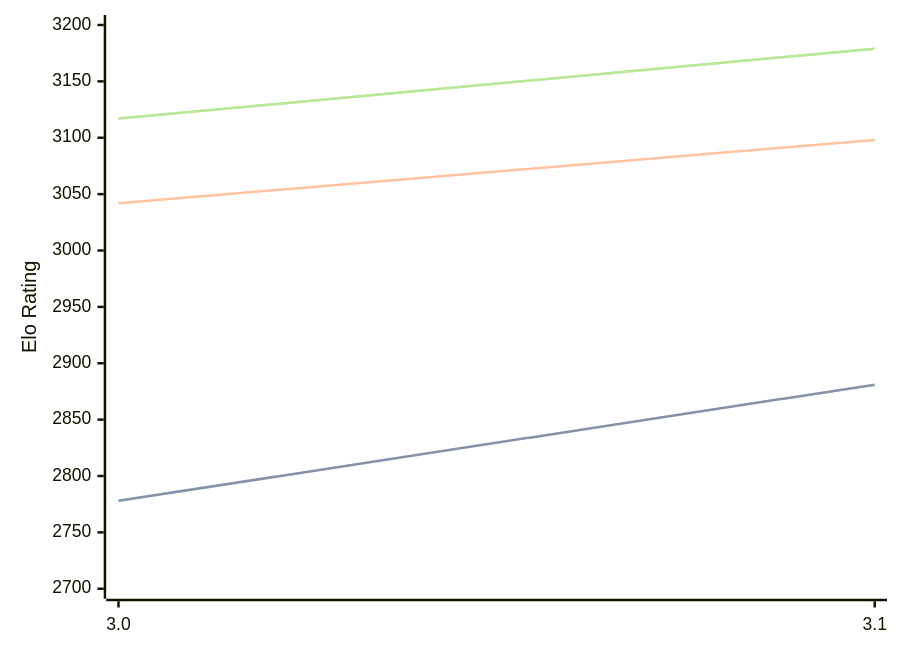
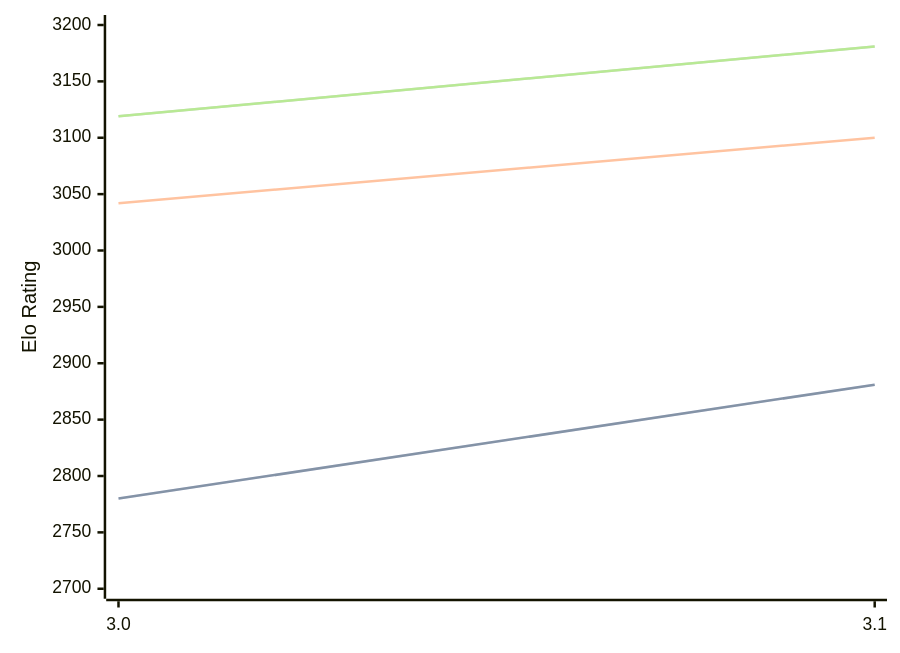
The diagram in engines/Vajolet2.md (computer-chess-index/cci), drawn with Mermaid before and after one commit. The commit also changed other lines of this file, not shown here.

Commit message:
Update CCI Ratings (ELO VLTC) - 2026-05-14

````diff
--- a/engines/Vajolet2.md
+++ b/engines/Vajolet2.md
@@ -40,11 +40,11 @@
 ```mermaid
 %%{init: {"theme":"base","themeVariables":{"seriesColors:['#a3a3a3','#222221','#faa371']}}}%%
 xychart-beta
   x-axis ["3.0", "3.1"]
   y-axis "Elo Rating" 2700 --> 3200
-  line "STC (8.0+0.08s)" [2778, 2881]
-  line "STC (8.0+0.08s)" [2778, 2881]
-  line "LTC (60.0+0.60s)" [3042, 3098]
-  line "VLTC (2m24s+1.12s)" [3117, 3179]
-  line "VLTC (2m24s+1.12s)" [3117, 3179]
+  line "STC (8.0+0.08s)" [2780, 2881]
+  line "STC (8.0+0.08s)" [2780, 2881]
+  line "LTC (60.0+0.60s)" [3042, 3100]
+  line "VLTC (2m24s+1.12s)" [3119, 3181]
+  line "VLTC (2m24s+1.12s)" [3119, 3181]
 ```
````
